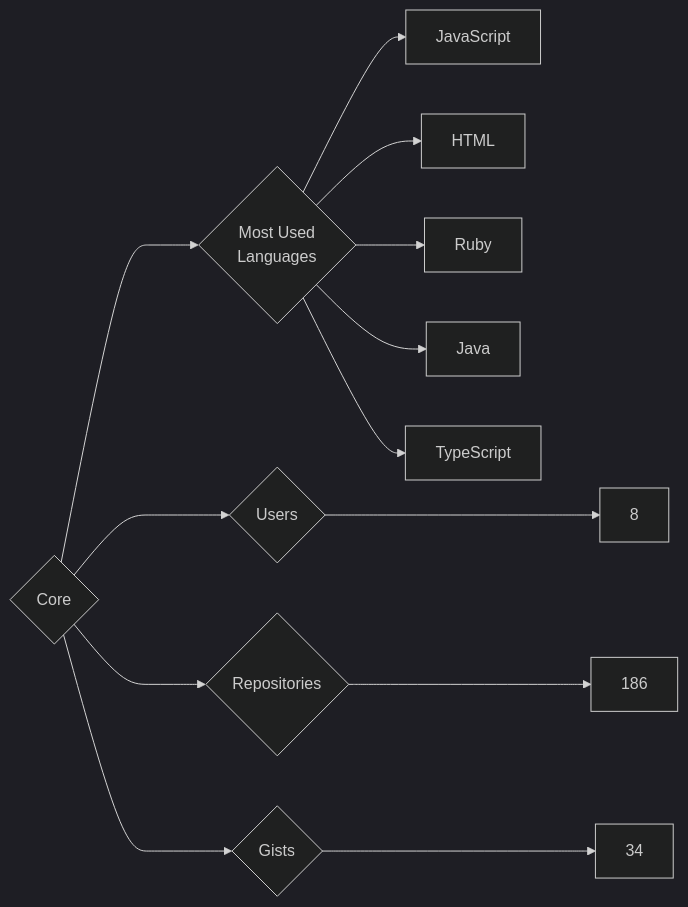
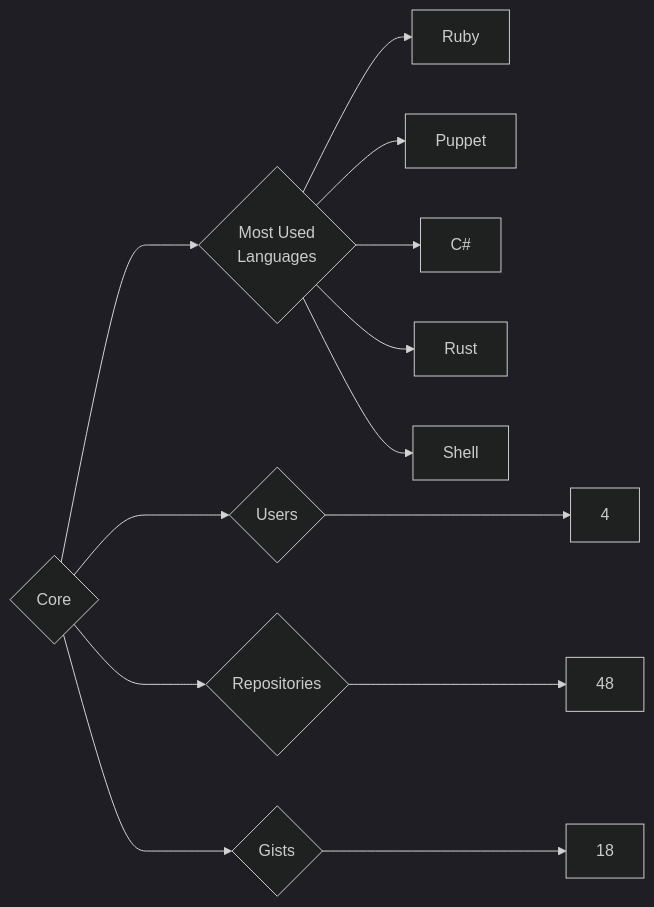
One commit to trickest/insiders changed the diagram in targets/Core/README.md. Above: the diagram before and after it, drawn with Mermaid (dark theme). The commit also changed 618 other files, not shown here.

````diff
--- a/targets/Core/README.md
+++ b/targets/Core/README.md
@@ -3,13 +3,13 @@
 ```mermaid
 graph LR
 COMPANY_NAME{Core}
-COMPANY_NAME ---> U{Users} ---> UN[8]
-COMPANY_NAME ---> R{Repositories} ---> RN[186]
-COMPANY_NAME ---> G{Gists} ---> GN[34]
+COMPANY_NAME ---> U{Users} ---> UN[4]
+COMPANY_NAME ---> R{Repositories} ---> RN[48]
+COMPANY_NAME ---> G{Gists} ---> GN[18]
 COMPANY_NAME ---> ML{Most Used<br>Languages}
-ML --> JavaScript[JavaScript]
-ML --> HTML[HTML]
 ML --> Ruby[Ruby]
-ML --> Java[Java]
-ML --> TypeScript[TypeScript]
+ML --> Puppet[Puppet]
+ML --> C#[C#]
+ML --> Rust[Rust]
+ML --> Shell[Shell]
 ```
````
